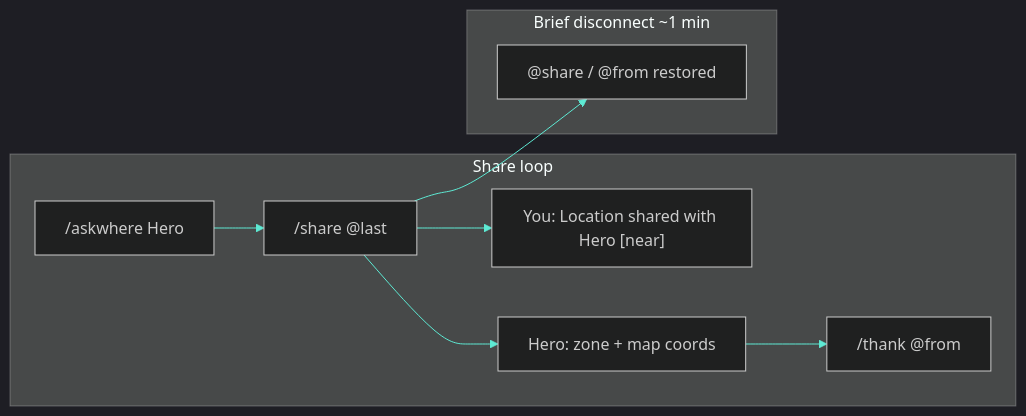
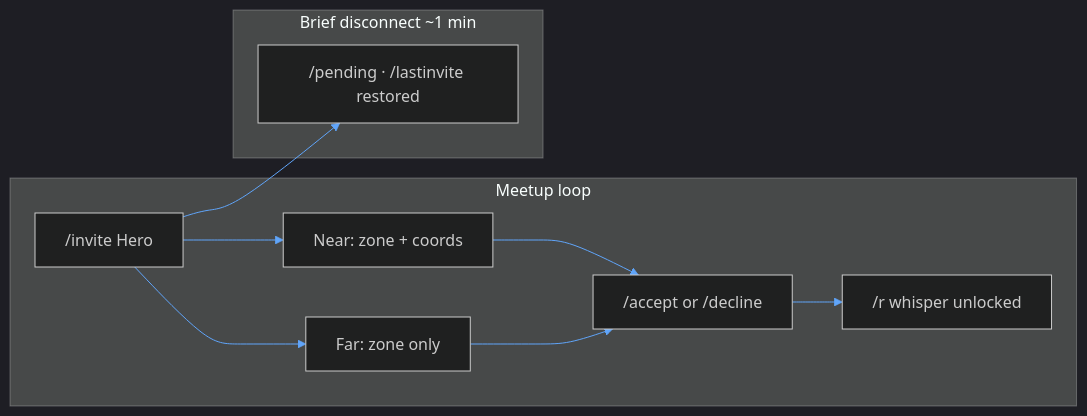
Before and after one commit to Im-Nova-Dev/dq1_mmo: the second of 8 diagrams in README.md, drawn with Mermaid. The commit also changed other lines of this file and 3 other files, not shown here.

````diff
--- a/README.md
+++ b/README.md
@@ -253,13 +254,14 @@
 ```mermaid
-%%{init: {'theme': 'dark', 'themeVariables': { 'primaryColor': '#134e4a', 'primaryTextColor': '#ccfbf1', 'lineColor': '#5eead4', 'secondaryColor': '#1e293b'}}}%%
+%%{init: {'theme': 'dark', 'themeVariables': { 'primaryColor': '#1e3a8a', 'primaryTextColor': '#dbeafe', 'lineColor': '#60a5fa', 'secondaryColor': '#1e293b'}}}%%
 flowchart LR
-  subgraph share ["Share loop"]
-    A["/askwhere Hero"] --> B["/share @last"]
-    B --> C["You: Location shared with Hero [near]"]
-    B --> D["Hero: zone + map coords"]
-    D --> E["/thank @from"]
+  subgraph meetup ["Meetup loop"]
+    I["/invite Hero"] --> N["Near: zone + coords"]
+    I --> F["Far: zone only"]
+    N --> A["/accept or /decline"]
+    F --> A
+    A --> R["/r whisper unlocked"]
   end
   subgraph soft ["Brief disconnect ~1 min"]
-    B --> F["@share / @from restored"]
+    I --> P["/pending · /lastinvite restored"]
   end
 ```
````
